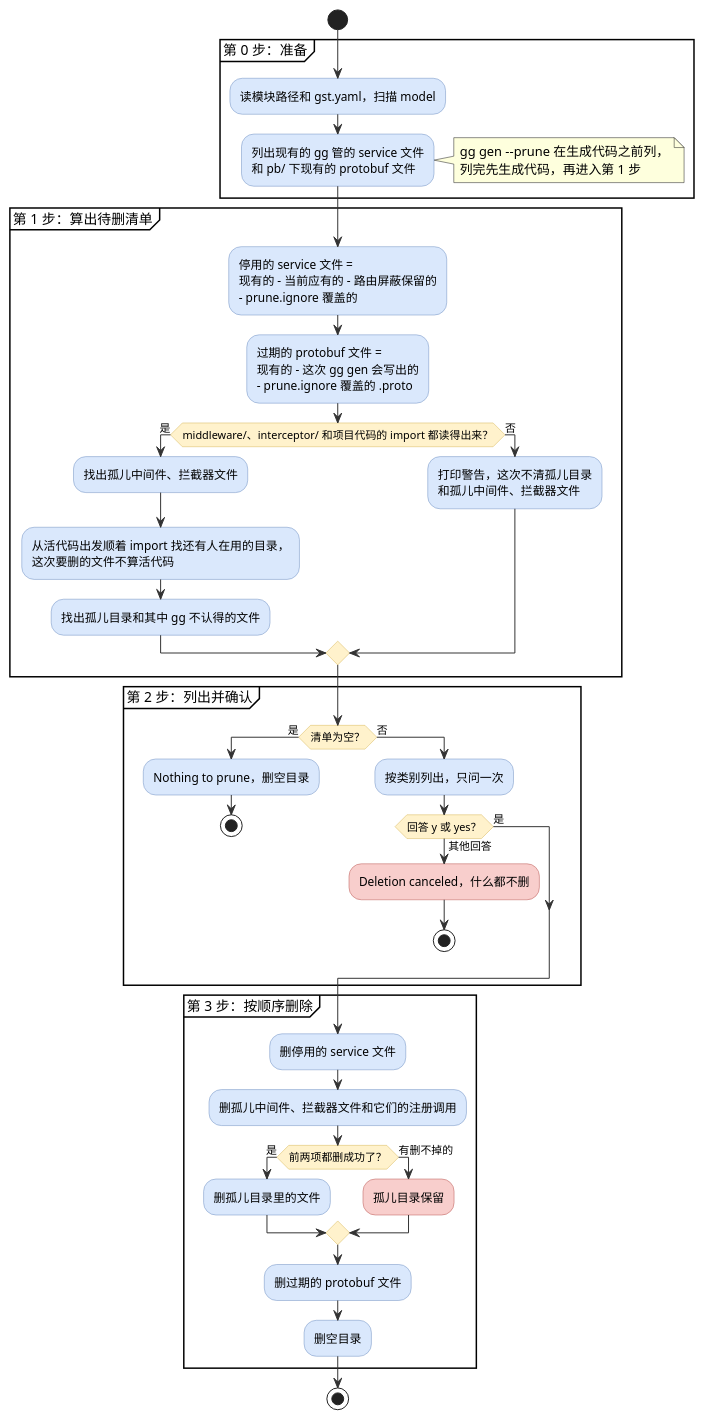
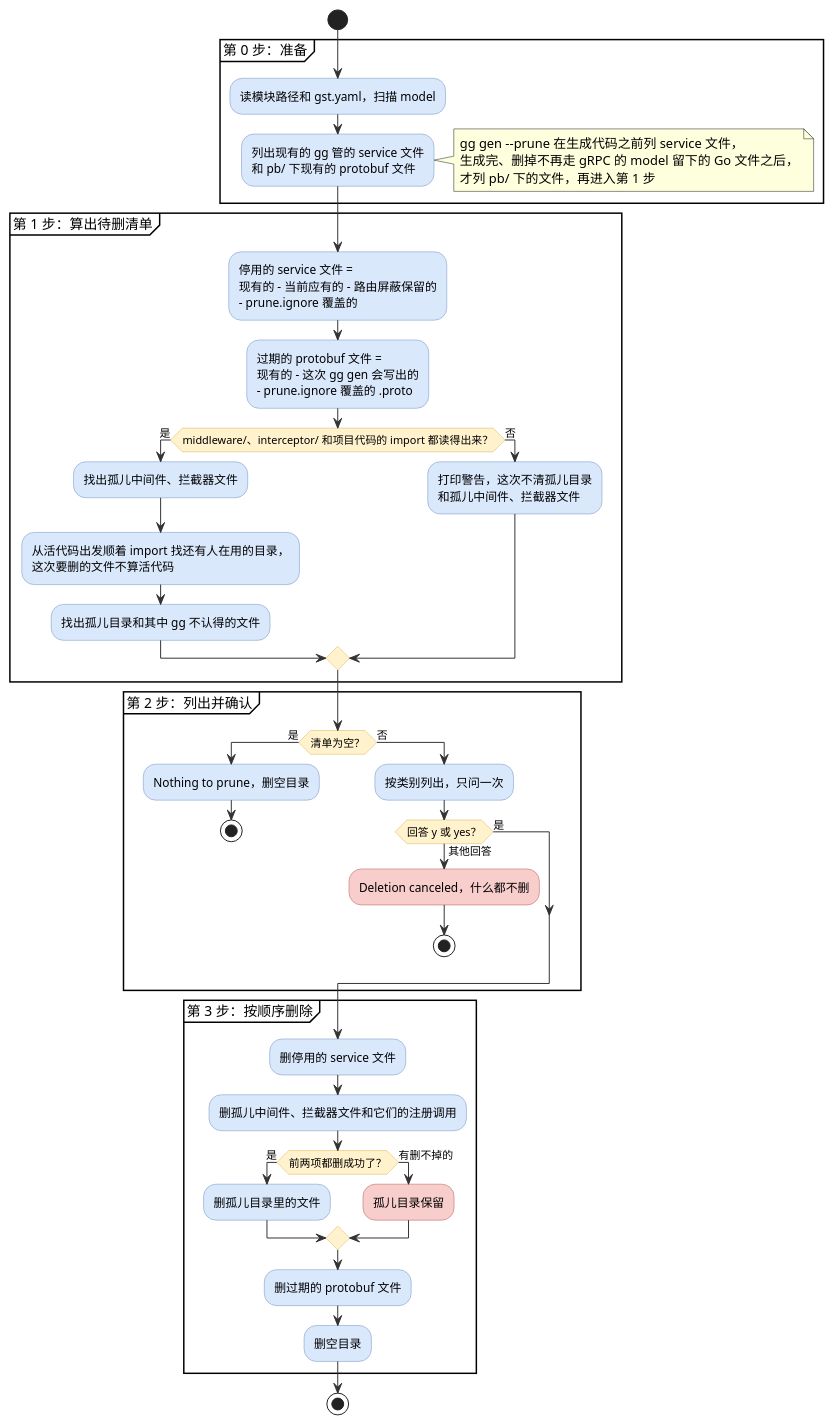
The first of 2 diagrams in cmd/gg/PRUNE.md (hydroan/gst), drawn with PlantUML before and after one commit. The commit also changed other lines of this file and 2 other files, not shown here.

First line of the commit message:
docs(gg): say when gg gen --prune lists each kind of file and what gg gen deletes itself

````diff
--- a/cmd/gg/PRUNE.md
+++ b/cmd/gg/PRUNE.md
@@ -19,66 +19,67 @@
 ```plantuml
 @startuml
 skinparam activity {
   BackgroundColor #dae8fc
   BorderColor #6c8ebf
   ArrowColor #333333
   DiamondBackgroundColor #fff2cc
   DiamondBorderColor #d6b656
   BackgroundColor<<cancel>> #f8cecc
   BorderColor<<cancel>> #b85450
 }
 
 start
 partition "第 0 步：准备" {
   :读模块路径和 gst.yaml，扫描 model;
   :列出现有的 gg 管的 service 文件
   和 pb/ 下现有的 protobuf 文件;
   note right
-    gg gen --prune 在生成代码之前列，
-    列完先生成代码，再进入第 1 步
+    gg gen --prune 在生成代码之前列 service 文件，
+    生成完、删掉不再走 gRPC 的 model 留下的 Go 文件之后，
+    才列 pb/ 下的文件，再进入第 1 步
   end note
 }
 partition "第 1 步：算出待删清单" {
   :停用的 service 文件 =
   现有的 - 当前应有的 - 路由屏蔽保留的
   - prune.ignore 覆盖的;
   :过期的 protobuf 文件 =
   现有的 - 这次 gg gen 会写出的
   - prune.ignore 覆盖的 .proto;
   if (middleware/、interceptor/ 和项目代码的 import 都读得出来？) then (是)
     :找出孤儿中间件、拦截器文件;
     :从活代码出发顺着 import 找还有人在用的目录，
     这次要删的文件不算活代码;
     :找出孤儿目录和其中 gg 不认得的文件;
   else (否)
     :打印警告，这次不清孤儿目录
     和孤儿中间件、拦截器文件;
   endif
 }
 partition "第 2 步：列出并确认" {
   if (清单为空？) then (是)
     :Nothing to prune，删空目录;
     stop
   else (否)
     :按类别列出，只问一次;
     if (回答 y 或 yes？) then (是)
     else (其他回答)
       :Deletion canceled，什么都不删; <<cancel>>
       stop
     endif
   endif
 }
 partition "第 3 步：按顺序删除" {
   :删停用的 service 文件;
   :删孤儿中间件、拦截器文件和它们的注册调用;
   if (前两项都删成功了？) then (是)
     :删孤儿目录里的文件;
   else (有删不掉的)
     :孤儿目录保留; <<cancel>>
   endif
   :删过期的 protobuf 文件;
   :删空目录;
 }
 stop
 @enduml
 ```
````
